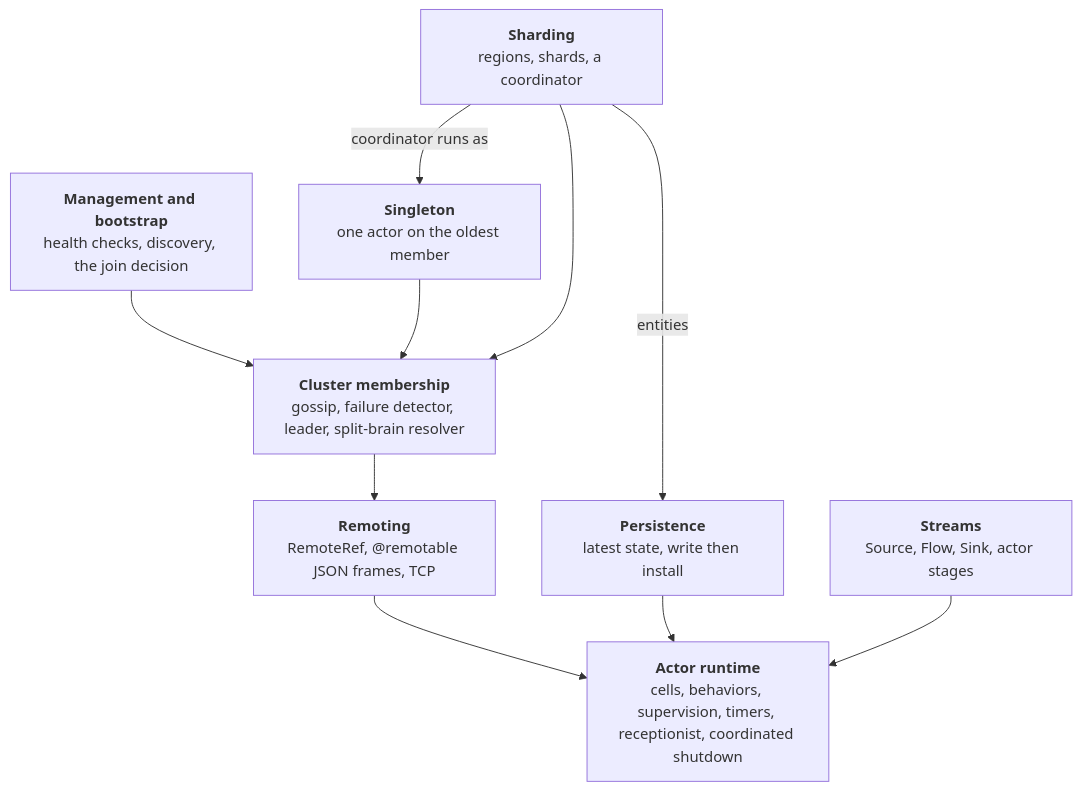
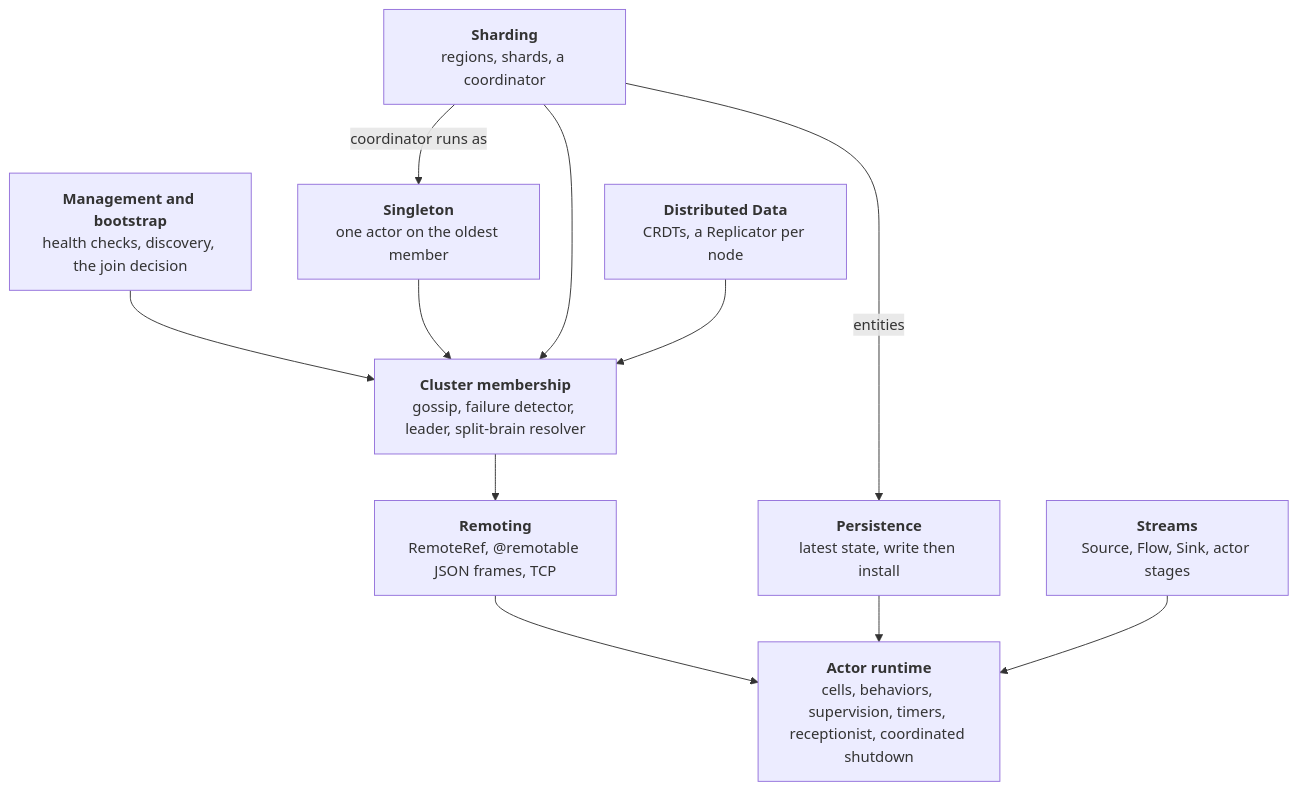
One commit to hanishi/ohra changed the diagram in docs/book/README.md. Above: the diagram before and after it, drawn with Mermaid. The commit also changed other lines of this file and 13 other files, not shown here.

Commit message:
The book covers Distributed Data's Replicator, with Pekko's ReplicatorDocSpec as a chapter 14 example

````diff
--- a/docs/book/README.md
+++ b/docs/book/README.md
@@ -17,20 +17,22 @@
 ```mermaid
 flowchart TB
   mgmt["<b>Management and bootstrap</b><br/>health checks, discovery, the join decision"]
   singleton["<b>Singleton</b><br/>one actor on the oldest member"]
   sharding["<b>Sharding</b><br/>regions, shards, a coordinator"]
+  ddata["<b>Distributed Data</b><br/>CRDTs, a Replicator per node"]
   membership["<b>Cluster membership</b><br/>gossip, failure detector, leader, split-brain resolver"]
   remoting["<b>Remoting</b><br/>RemoteRef, @remotable JSON frames, TCP"]
   persistence["<b>Persistence</b><br/>latest state, write then install"]
   streams["<b>Streams</b><br/>Source, Flow, Sink, actor stages"]
   runtime["<b>Actor runtime</b><br/>cells, behaviors, supervision, timers, receptionist, coordinated shutdown"]
   mgmt --> membership
   sharding -- coordinator runs as --> singleton
   sharding -- entities --> persistence
   singleton --> membership
   sharding --> membership
+  ddata --> membership
   membership --> remoting
   remoting --> runtime
   persistence --> runtime
   streams --> runtime
 ```
````
